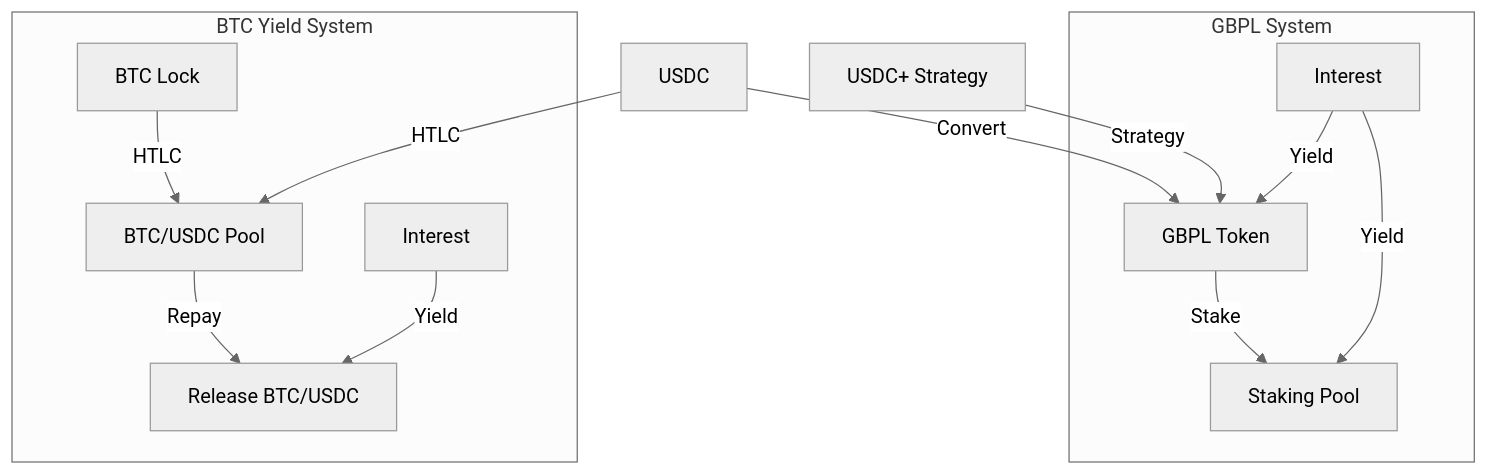
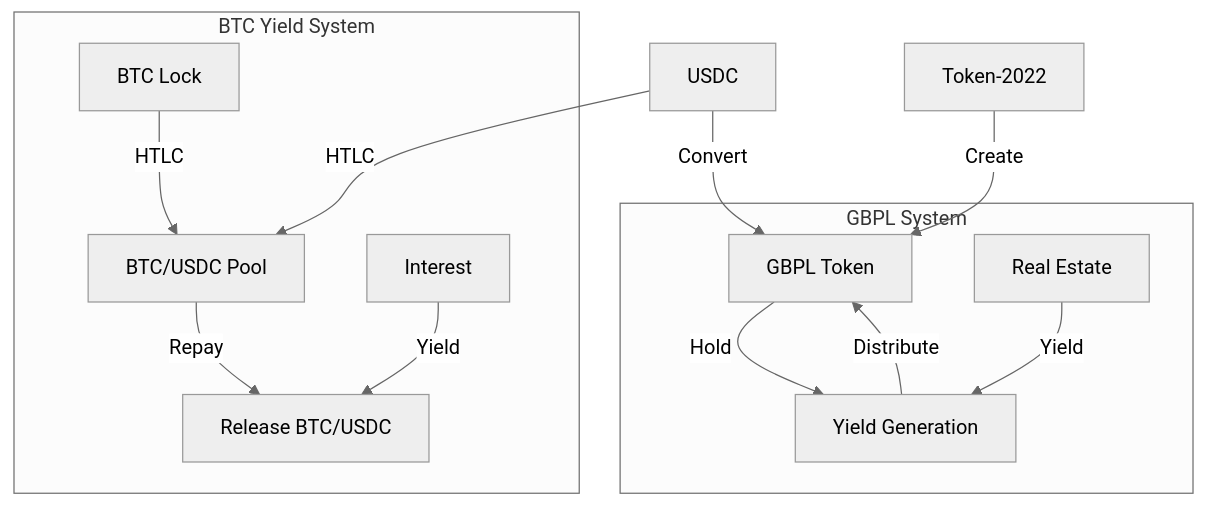
The first of 3 diagrams in README.md (BridgingFi/solpunk), drawn with Mermaid (neutral theme) before and after one commit. The commit also changed other lines of this file and 12 other files, not shown here.

````diff
--- a/README.md
+++ b/README.md
@@ -49,19 +50,19 @@
 ```mermaid
 graph TB
     A[USDC] -->|Convert| B[GBPL Token]
 
-    I[USDC+ Strategy] -->|Strategy| B
+    I[Token-2022] -->|Create| B
 
     subgraph "GBPL System"
-        B -->|Stake| C[Staking Pool]
-        D[Interest] -->|Yield| C
-        D -->|Yield| B
+        B -->|Hold| C[Yield Generation]
+        D[Real Estate] -->|Yield| C
+        C -->|Distribute| B
     end
 
     A -->|HTLC| F
     subgraph "BTC Yield System"
         E[BTC Lock] -->|HTLC| F[BTC/USDC Pool]
         F -->|Repay| H[Release BTC/USDC]
         G[Interest] -->|Yield| H
     end
 ```
````
